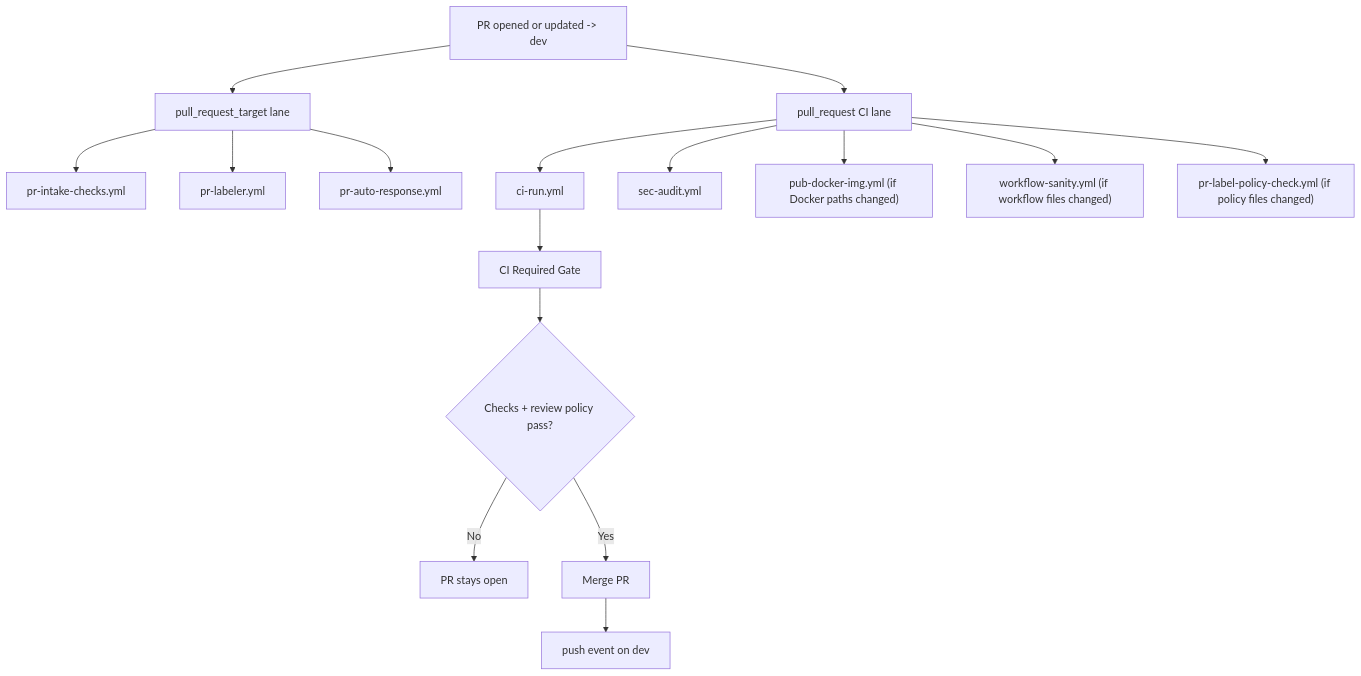
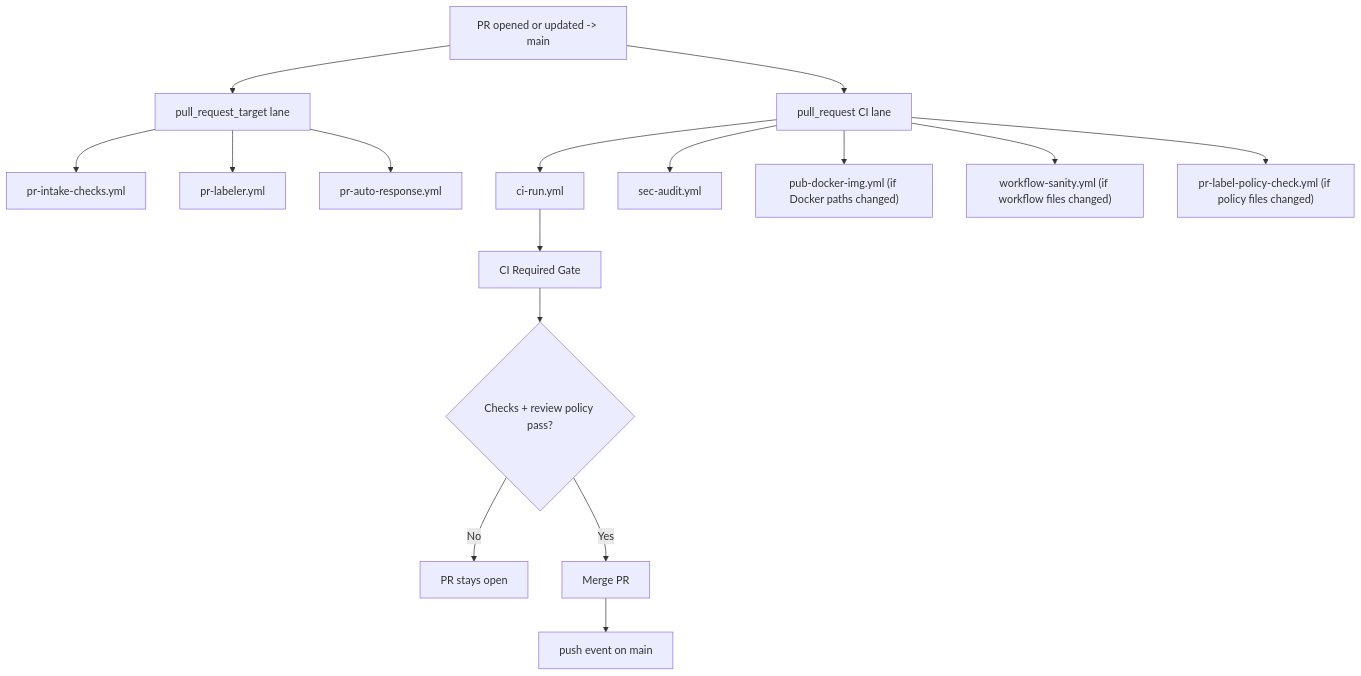
One commit to VK7KSM/eflClaw changed the first of 2 diagrams in .github/workflows/main-branch-flow.md. Above: the diagram before and after it, drawn with Mermaid. The commit also changed other lines of this file and 3 other files, not shown here.

Commit message:
ci(policy): drop dev-retarget enforcement for main PRs

````diff
--- a/.github/workflows/main-branch-flow.md
+++ b/.github/workflows/main-branch-flow.md
@@ -224,18 +224,18 @@
 ```mermaid
 flowchart TD
-  A["PR opened or updated -> dev"] --> B["pull_request_target lane"]
+  A["PR opened or updated -> main"] --> B["pull_request_target lane"]
   B --> B1["pr-intake-checks.yml"]
   B --> B2["pr-labeler.yml"]
   B --> B3["pr-auto-response.yml"]
   A --> C["pull_request CI lane"]
   C --> C1["ci-run.yml"]
   C --> C2["sec-audit.yml"]
   C --> C3["pub-docker-img.yml (if Docker paths changed)"]
   C --> C4["workflow-sanity.yml (if workflow files changed)"]
   C --> C5["pr-label-policy-check.yml (if policy files changed)"]
   C1 --> D["CI Required Gate"]
   D --> E{"Checks + review policy pass?"}
   E -->|No| F["PR stays open"]
   E -->|Yes| G["Merge PR"]
-  G --> H["push event on dev"]
+  G --> H["push event on main"]
 ```
````
